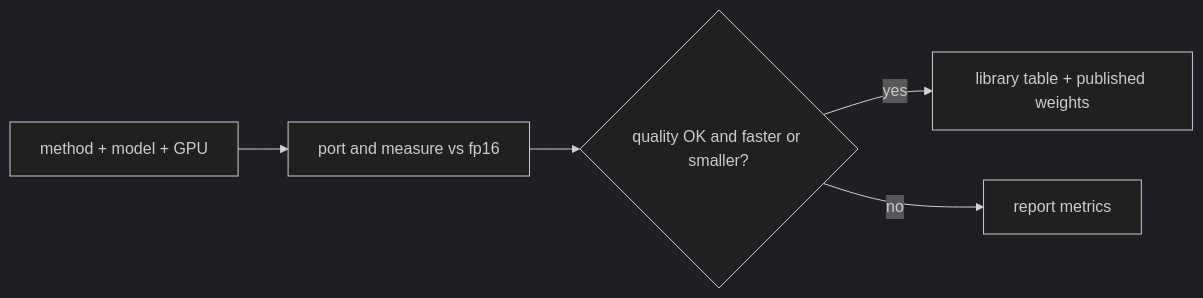
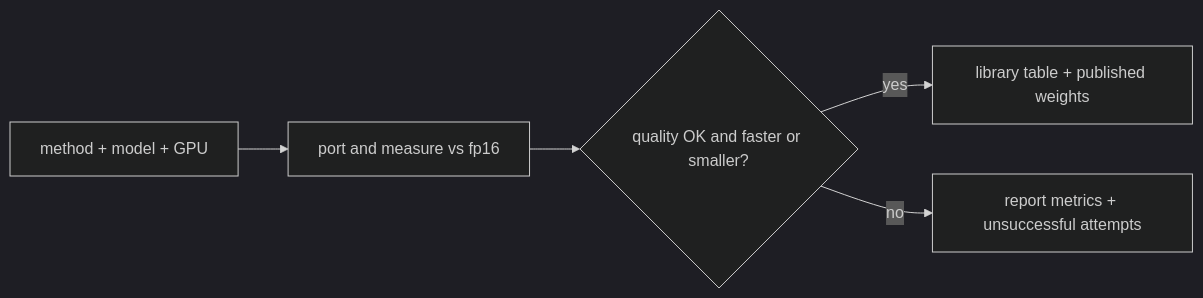
Before and after one commit to chris320211/model-quantization-agent: the diagram in README.md, drawn with Mermaid (dark theme). The commit also changed other lines of this file and 17 other files, not shown here.

Commit message:
Record unsuccessful ports on a separate attempts board

````diff
--- a/README.md
+++ b/README.md
@@ -27,7 +27,7 @@
 ```mermaid
 flowchart LR
   in["method + model + GPU"] --> run["port and measure vs fp16"]
   run --> ok{"quality OK and faster or smaller?"}
   ok -->|yes| lib["library table + published weights"]
-  ok -->|no| report["report metrics"]
+  ok -->|no| attempts["report metrics + unsuccessful attempts"]
 ```
````
